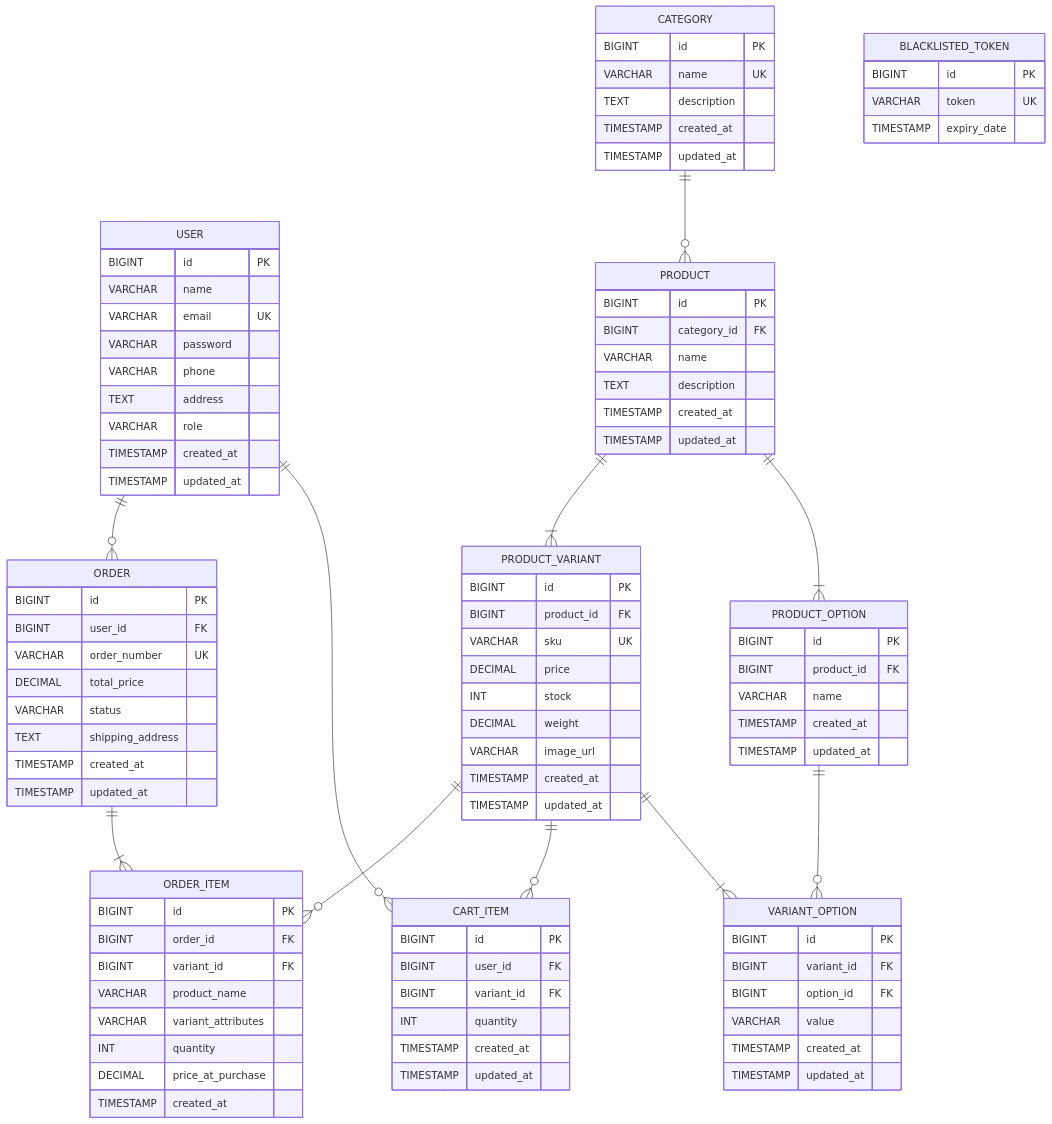
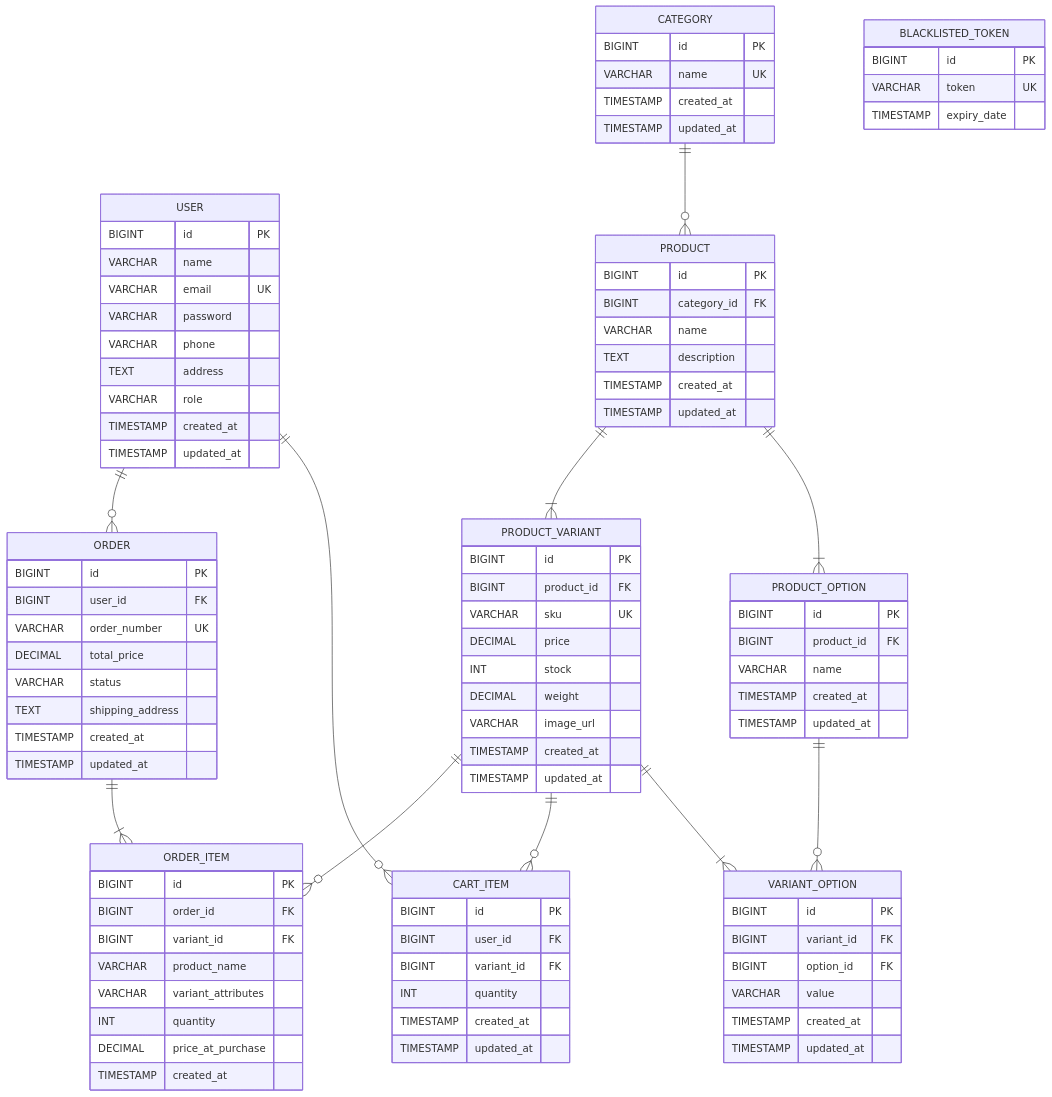
The diagram in docs/DESIGN.md (akbarazy/ecommerce-backend), drawn with Mermaid before and after one commit. The commit also changed other lines of this file and 8 other files, not shown here.

```diff
--- a/docs/DESIGN.md
+++ b/docs/DESIGN.md
@@ -74,7 +69,6 @@
     CATEGORY {
         BIGINT id PK
         VARCHAR name UK
-        TEXT description
         TIMESTAMP created_at
         TIMESTAMP updated_at
     }
```
